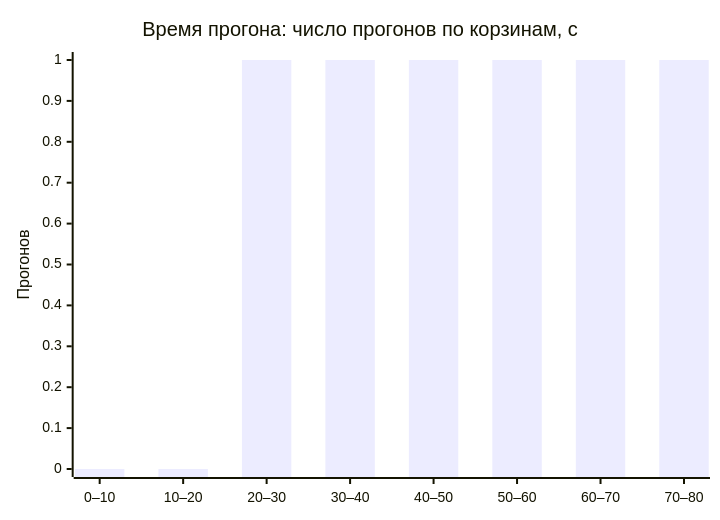
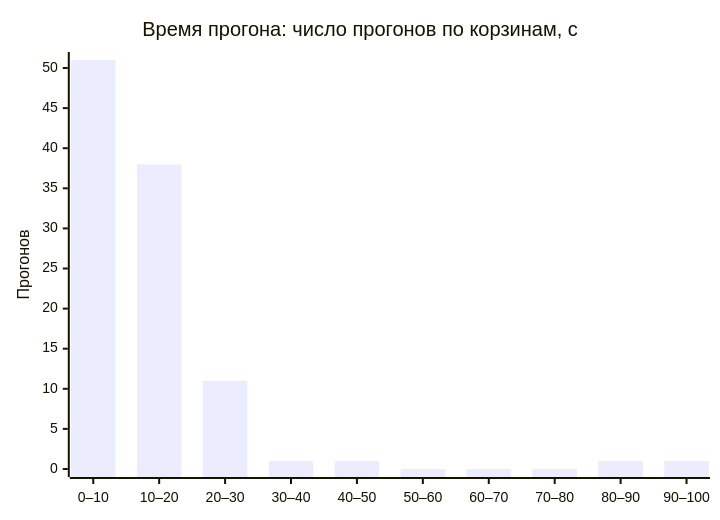
Before and after one commit to larchanka-training/dmc-268-api-t1: the third of 3 diagrams in BENCHMARK_REPORT.md, drawn with Mermaid. The commit also changed other lines of this file, not shown here.

````diff
--- a/BENCHMARK_REPORT.md
+++ b/BENCHMARK_REPORT.md
@@ -116,7 +151,7 @@
 ```mermaid
 xychart-beta
     title "Время прогона: число прогонов по корзинам, с"
-    x-axis ["0–10", "10–20", "20–30", "30–40", "40–50", "50–60", "60–70", "70–80"]
-    y-axis "Прогонов" 0 --> 1
-    bar [0, 0, 1, 1, 1, 1, 1, 1]
+    x-axis ["0–10", "10–20", "20–30", "30–40", "40–50", "50–60", "60–70", "70–80", "80–90", "90–100"]
+    y-axis "Прогонов" 0 --> 51
+    bar [51, 38, 11, 1, 1, 0, 0, 0, 1, 1]
 ```
````
